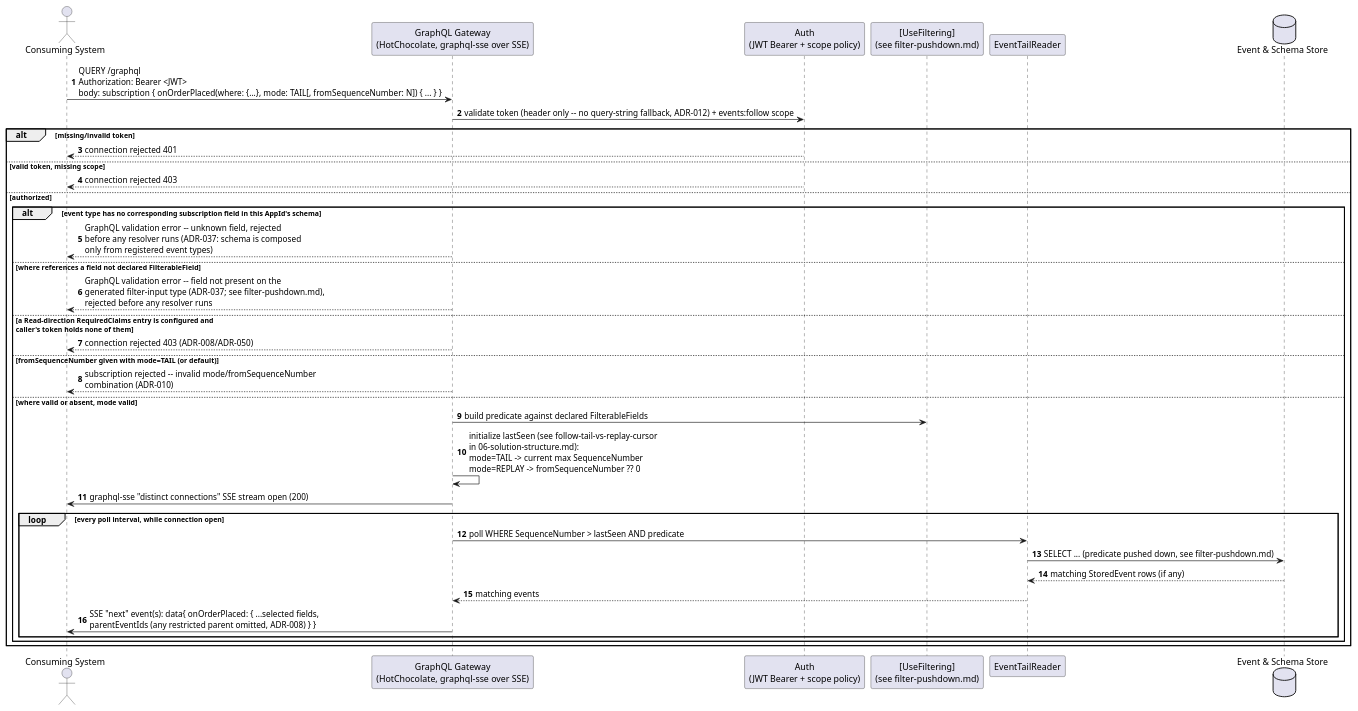
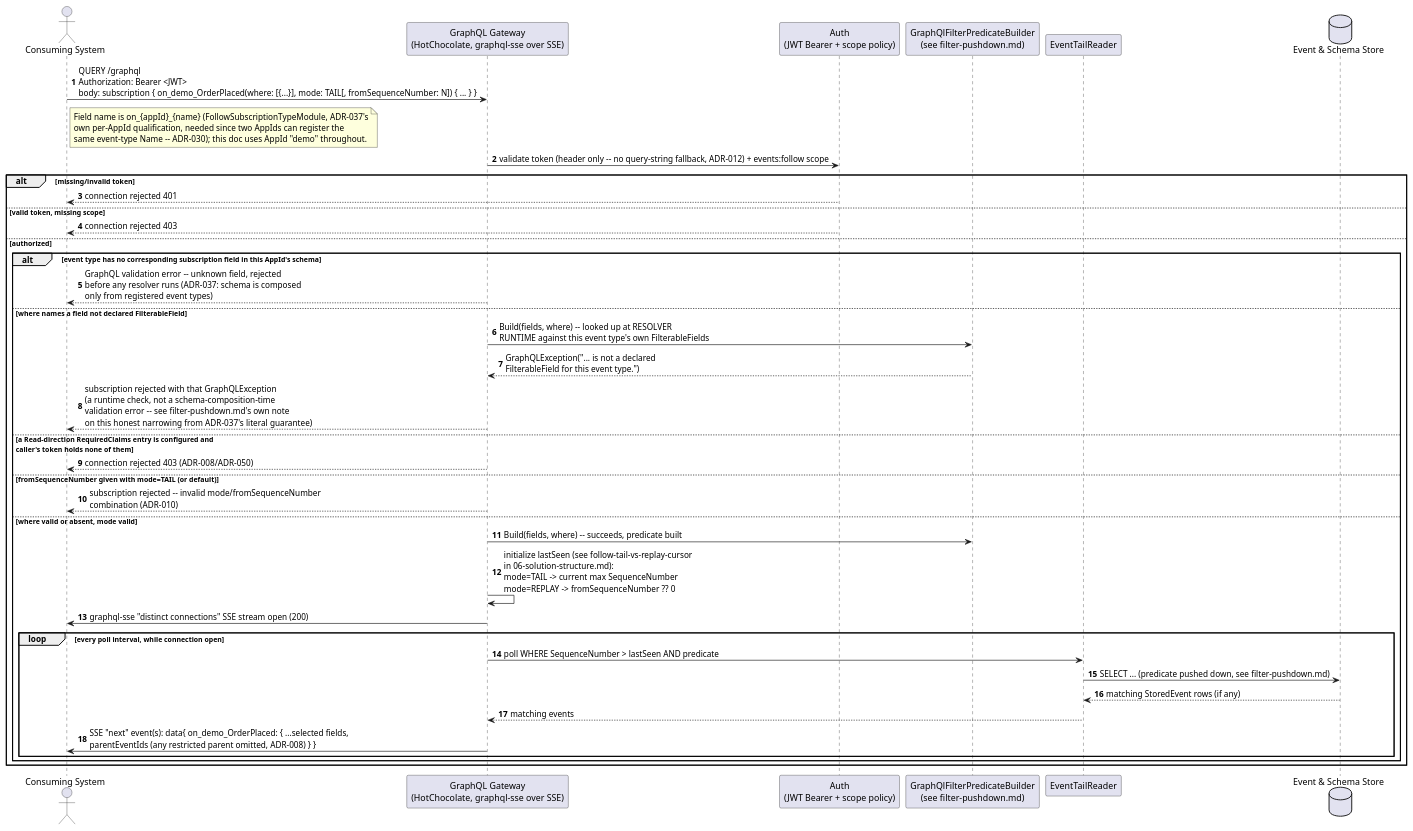
One commit to Mwwhited-BookLearning/EventSourcing changed the first of 2 diagrams in docs/features/follow-subscribe.md. Above: the diagram before and after it, drawn with PlantUML. The commit also changed other lines of this file and 46 other files, not shown here.

````diff
--- a/docs/features/follow-subscribe.md
+++ b/docs/features/follow-subscribe.md
@@ -26,40 +43,47 @@
 ```plantuml
 @startuml Follow_Sequence
 autonumber
 actor "Consuming System" as follower
 participant "GraphQL Gateway\n(HotChocolate, graphql-sse over SSE)" as gateway
 participant "Auth\n(JWT Bearer + scope policy)" as auth
-participant "[UseFiltering]\n(see filter-pushdown.md)" as filtering
+participant "GraphQlFilterPredicateBuilder\n(see filter-pushdown.md)" as filtering
 participant "EventTailReader" as tailReader
 database "Event & Schema Store" as db
 
-follower -> gateway: QUERY /graphql\nAuthorization: Bearer <JWT>\nbody: subscription { onOrderPlaced(where: {...}, mode: TAIL[, fromSequenceNumber: N]) { ... } }
+follower -> gateway: QUERY /graphql\nAuthorization: Bearer <JWT>\nbody: subscription { on_demo_OrderPlaced(where: [{...}], mode: TAIL[, fromSequenceNumber: N]) { ... } }
+note right of follower
+  Field name is on_{appId}_{name} (FollowSubscriptionTypeModule, ADR-037's
+  own per-AppId qualification, needed since two AppIds can register the
+  same event-type Name -- ADR-030); this doc uses AppId "demo" throughout.
+end note
 gateway -> auth: validate token (header only -- no query-string fallback, ADR-012) + events:follow scope
 alt missing/invalid token
   auth --> follower: connection rejected 401
 else valid token, missing scope
   auth --> follower: connection rejected 403
 else authorized
   alt event type has no corresponding subscription field in this AppId's schema
     gateway --> follower: GraphQL validation error -- unknown field, rejected\nbefore any resolver runs (ADR-037: schema is composed\nonly from registered event types)
-  else where references a field not declared FilterableField
-    gateway --> follower: GraphQL validation error -- field not present on the\ngenerated filter-input type (ADR-037; see filter-pushdown.md),\nrejected before any resolver runs
+  else where names a field not declared FilterableField
+    gateway -> filtering: Build(fields, where) -- looked up at RESOLVER\nRUNTIME against this event type's own FilterableFields
+    filtering --> gateway: GraphQLException("... is not a declared\nFilterableField for this event type.")
+    gateway --> follower: subscription rejected with that GraphQLException\n(a runtime check, not a schema-composition-time\nvalidation error -- see filter-pushdown.md's own note\non this honest narrowing from ADR-037's literal guarantee)
   else a Read-direction RequiredClaims entry is configured and\ncaller's token holds none of them
     gateway --> follower: connection rejected 403 (ADR-008/ADR-050)
   else fromSequenceNumber given with mode=TAIL (or default)
     gateway --> follower: subscription rejected -- invalid mode/fromSequenceNumber\ncombination (ADR-010)
   else where valid or absent, mode valid
-    gateway -> filtering: build predicate against declared FilterableFields
+    gateway -> filtering: Build(fields, where) -- succeeds, predicate built
     gateway -> gateway: initialize lastSeen (see follow-tail-vs-replay-cursor\nin 06-solution-structure.md):\nmode=TAIL -> current max SequenceNumber\nmode=REPLAY -> fromSequenceNumber ?? 0
     gateway -> follower: graphql-sse "distinct connections" SSE stream open (200)
     loop every poll interval, while connection open
       gateway -> tailReader: poll WHERE SequenceNumber > lastSeen AND predicate
       tailReader -> db: SELECT ... (predicate pushed down, see filter-pushdown.md)
       db --> tailReader: matching StoredEvent rows (if any)
       tailReader --> gateway: matching events
-      gateway -> follower: SSE "next" event(s): data{ onOrderPlaced: { ...selected fields,\nparentEventIds (any restricted parent omitted, ADR-008) } }
+      gateway -> follower: SSE "next" event(s): data{ on_demo_OrderPlaced: { ...selected fields,\nparentEventIds (any restricted parent omitted, ADR-008) } }
     end
   end
 end
 @enduml
 ```
````
